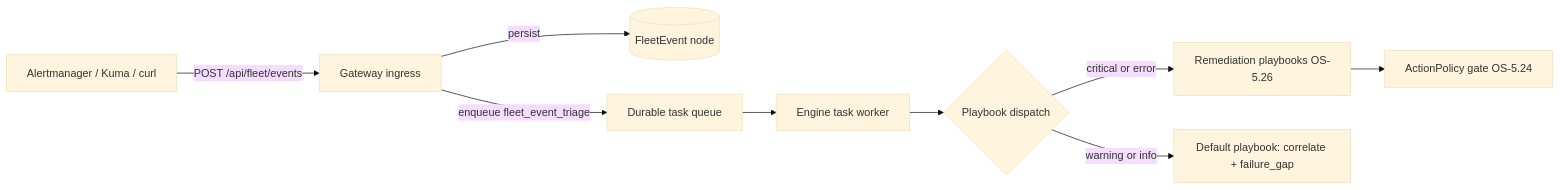
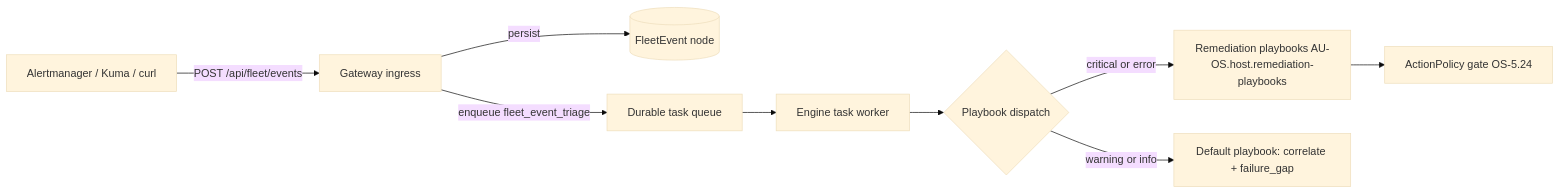
The diagram in docs/examples/fleet-events-wiring.md (Knuckles-Team/agent-utilities), drawn with Mermaid (base theme) before and after one commit. The commit also changed other lines of this file and 2324 other files, not shown here.

````diff
--- a/docs/examples/fleet-events-wiring.md
+++ b/docs/examples/fleet-events-wiring.md
@@ -167,11 +167,11 @@
 ```mermaid
 flowchart LR
     AM[Alertmanager / Kuma / curl] -->|POST /api/fleet/events| GW[Gateway ingress]
     GW -->|persist| FE[(FleetEvent node)]
     GW -->|enqueue fleet_event_triage| Q[Durable task queue]
     Q --> W[Engine task worker]
     W --> PB{Playbook dispatch}
-    PB -->|critical or error| RP[Remediation playbooks OS-5.26]
+    PB -->|critical or error| RP[Remediation playbooks AU-OS.host.remediation-playbooks]
     PB -->|warning or info| DP[Default playbook: correlate + failure_gap]
     RP --> AP[ActionPolicy gate OS-5.24]
 ```
````
